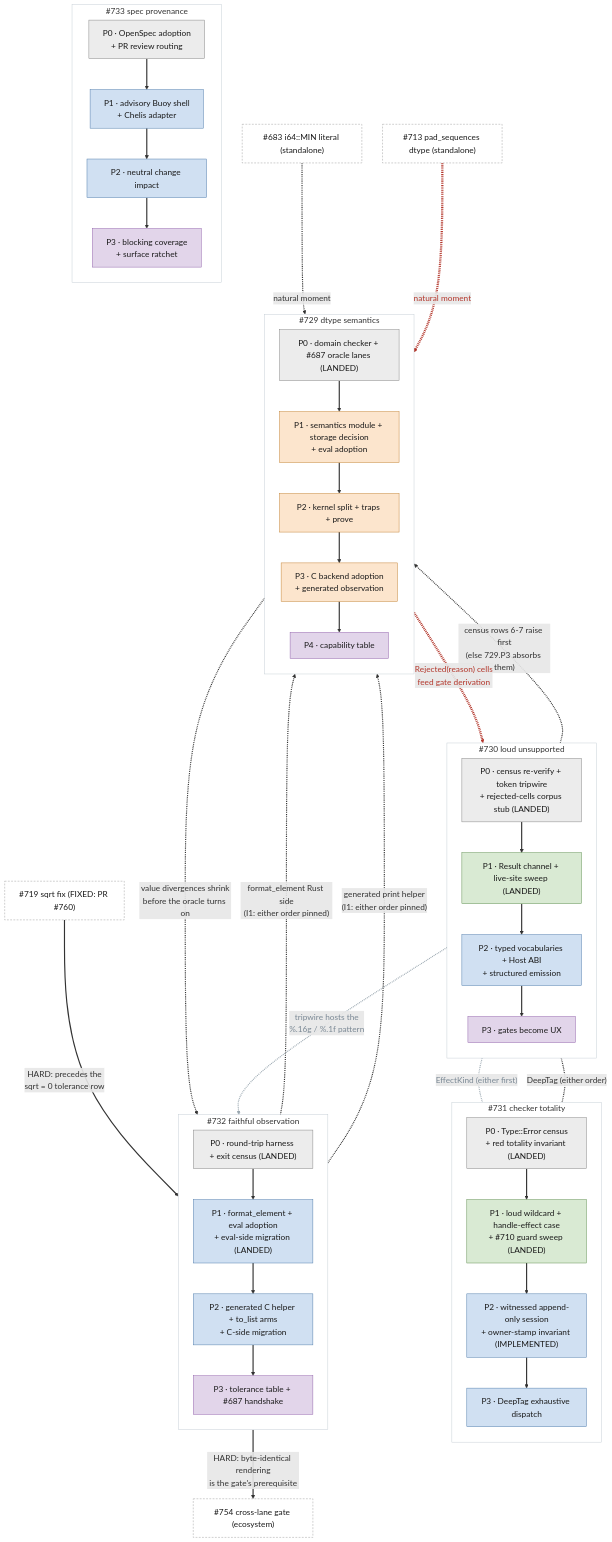
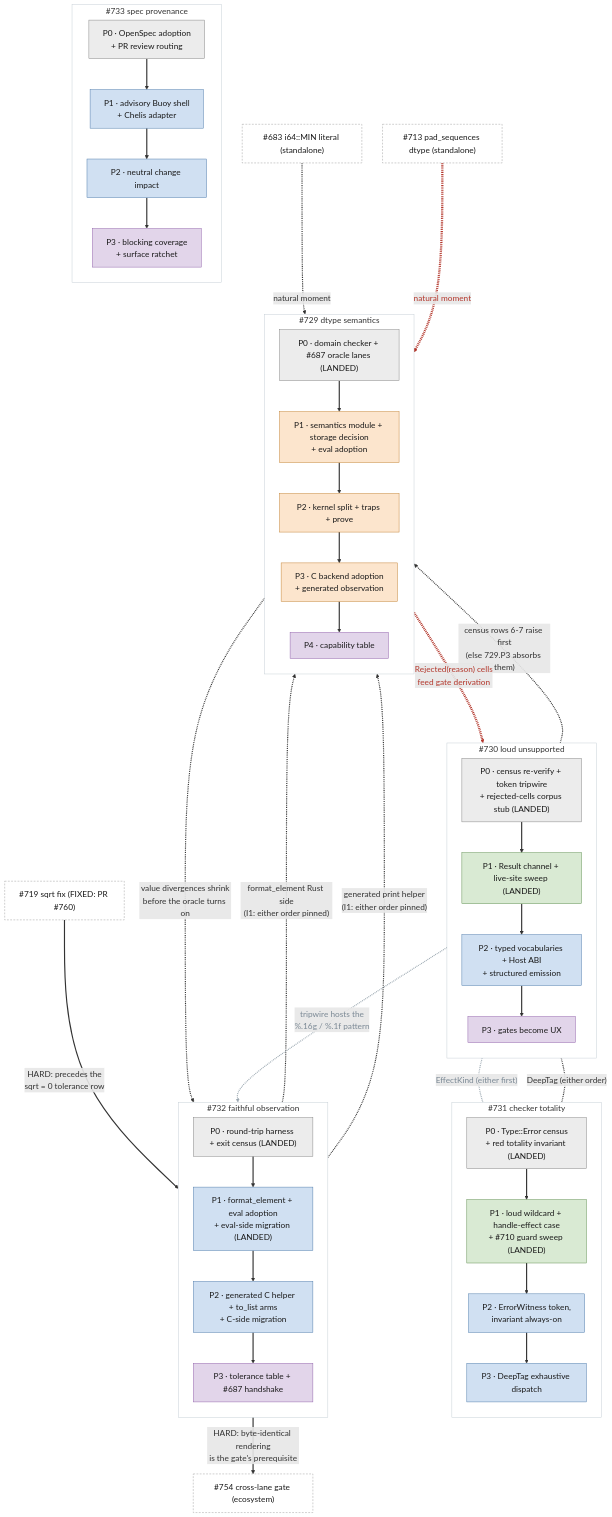
Before and after one commit to Chelis-Lang/chelis: the diagram in spec/design/remediation_roadmap.md, drawn with Mermaid. The commit also changed other lines of this file and 2 other files, not shown here.

```diff
--- a/spec/design/remediation_roadmap.md
+++ b/spec/design/remediation_roadmap.md
@@ -170,7 +165,7 @@
     direction TB
     n731p0["P0 · Type::Error census<br/>+ red totality invariant (LANDED)"]:::w0
     n731p1["P1 · loud wildcard + handle-effect case<br/>+ #710 guard sweep (LANDED)"]:::w1
-    n731p2["P2 · witnessed append-only session<br/>+ owner-stamp invariant (IMPLEMENTED)"]:::w2
+    n731p2["P2 · ErrorWitness token,<br/>invariant always-on"]:::w2
     n731p3["P3 · DeepTag exhaustive dispatch"]:::w2
     n731p0 --> n731p1 --> n731p2 --> n731p3
   end
```
